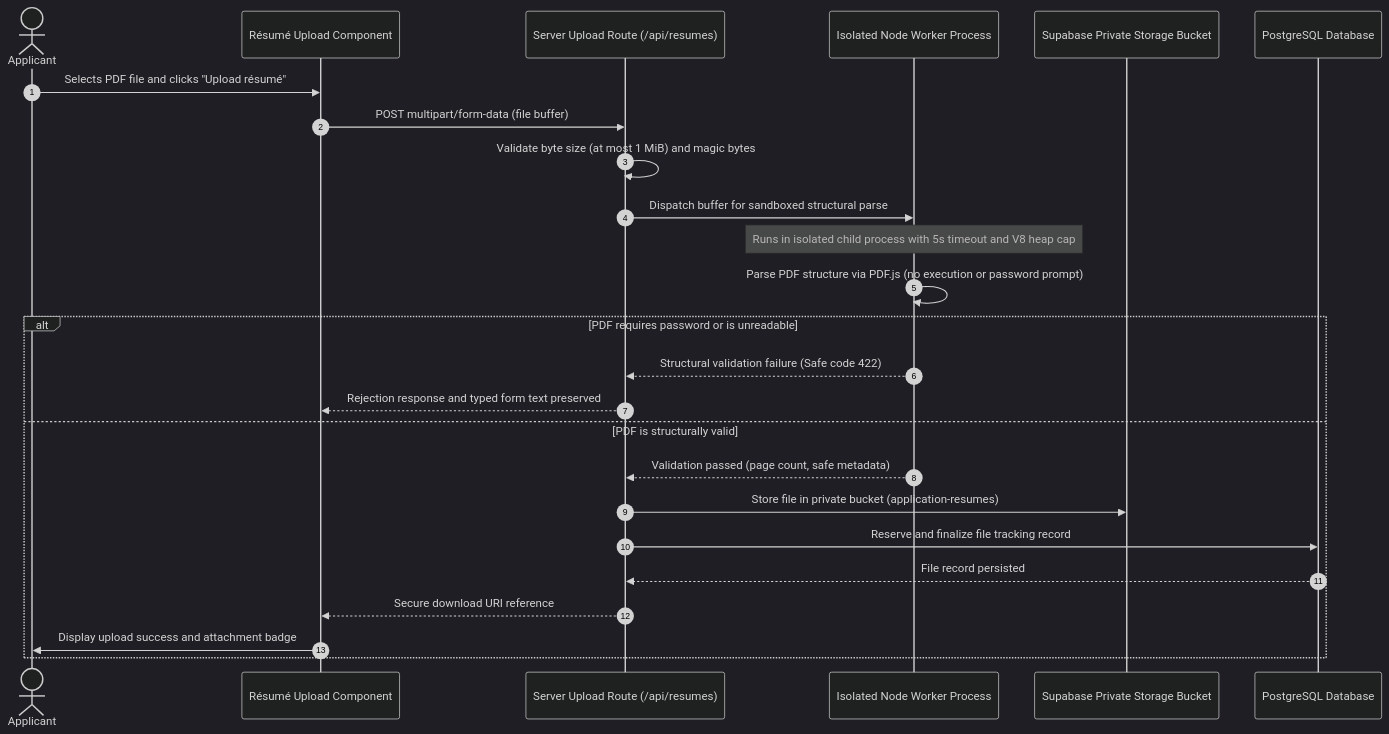
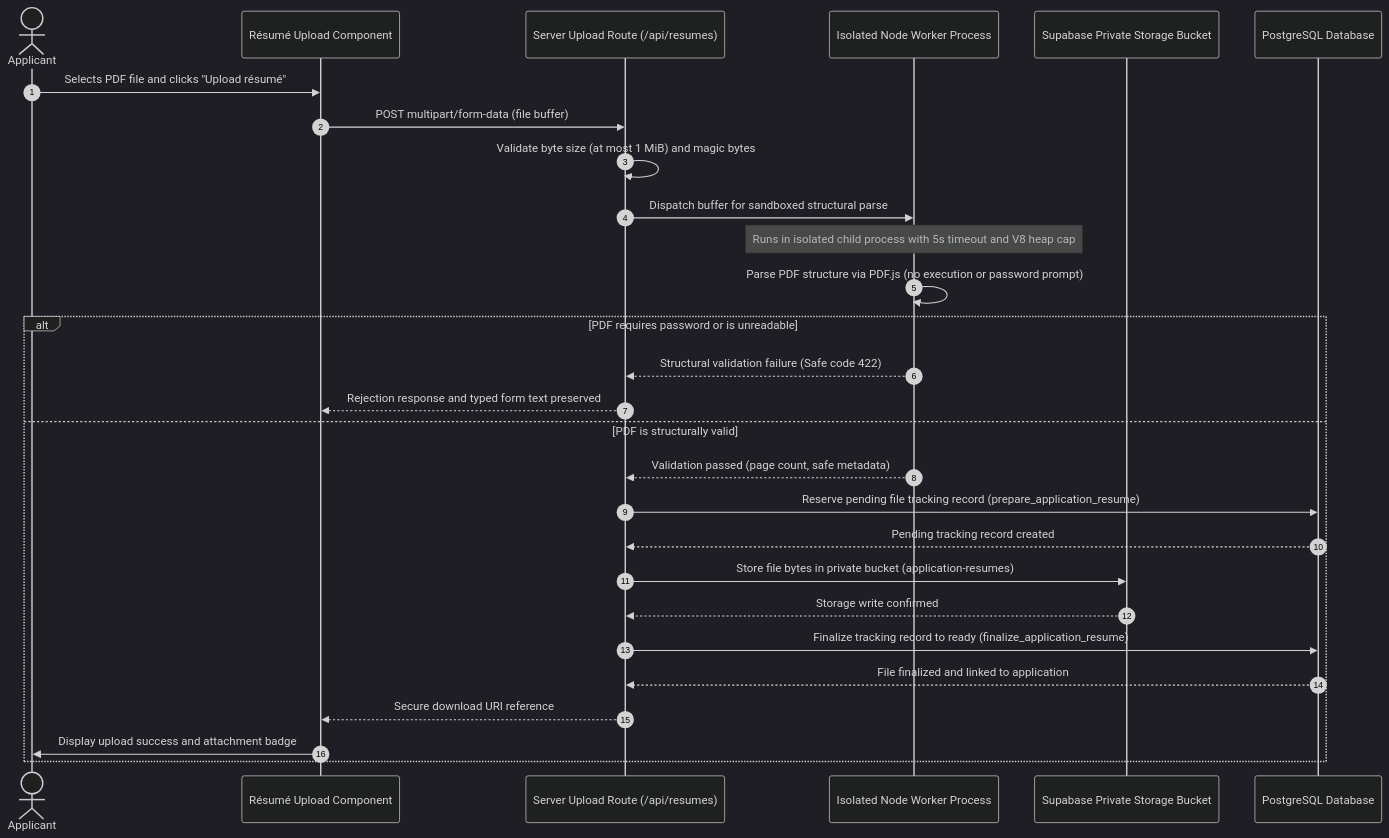
One commit to CS3227-2610-MP3-ConnectTalent/CS3227-2610-MP3 changed the fourth of 9 diagrams in docs/DeveloperGuide.md. Above: the diagram before and after it, drawn with Mermaid (dark theme). The commit also changed other lines of this file, not shown here.

Commit message:
docs(guides): address review feedback on readiness, prompts, diagrams, and walk-throughs

````diff
--- a/docs/DeveloperGuide.md
+++ b/docs/DeveloperGuide.md
@@ -938,28 +939,31 @@
 ```mermaid
 sequenceDiagram
     autonumber
     actor Applicant
     participant UI as Résumé Upload Component
     participant Route as Server Upload Route (/api/resumes)
     participant Worker as Isolated Node Worker Process
     participant Storage as Supabase Private Storage Bucket
     participant DB as PostgreSQL Database
 
     Applicant->>UI: Selects PDF file and clicks "Upload résumé"
     UI->>Route: POST multipart/form-data (file buffer)
     Route->>Route: Validate byte size (at most 1 MiB) and magic bytes
     Route->>Worker: Dispatch buffer for sandboxed structural parse
     Note over Worker: Runs in isolated child process with 5s timeout and V8 heap cap
     Worker->>Worker: Parse PDF structure via PDF.js (no execution or password prompt)
     alt PDF requires password or is unreadable
         Worker-->>Route: Structural validation failure (Safe code 422)
         Route-->>UI: Rejection response and typed form text preserved
     else PDF is structurally valid
         Worker-->>Route: Validation passed (page count, safe metadata)
-        Route->>Storage: Store file in private bucket (application-resumes)
-        Route->>DB: Reserve and finalize file tracking record
-        DB-->>Route: File record persisted
+        Route->>DB: Reserve pending file tracking record (prepare_application_resume)
+        DB-->>Route: Pending tracking record created
+        Route->>Storage: Store file bytes in private bucket (application-resumes)
+        Storage-->>Route: Storage write confirmed
+        Route->>DB: Finalize tracking record to ready (finalize_application_resume)
+        DB-->>Route: File finalized and linked to application
         Route-->>UI: Secure download URI reference
         UI->>Applicant: Display upload success and attachment badge
     end
 ```
````
